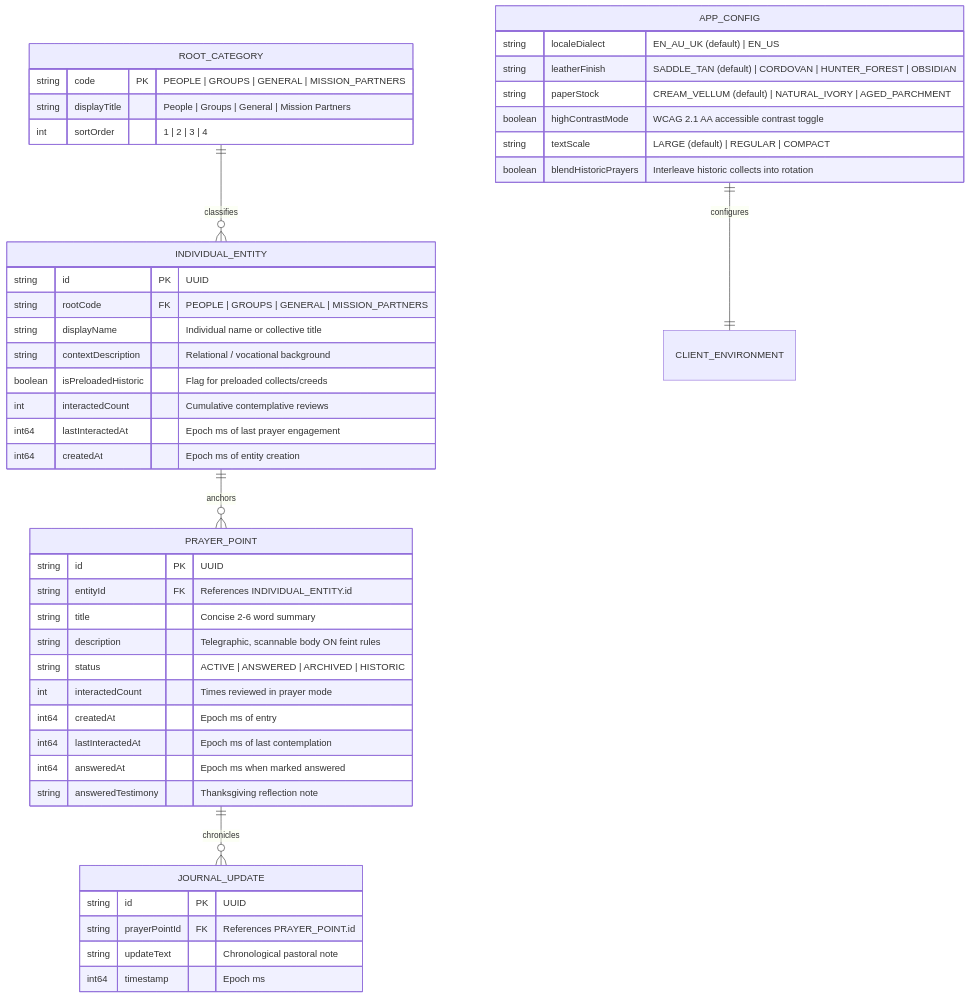
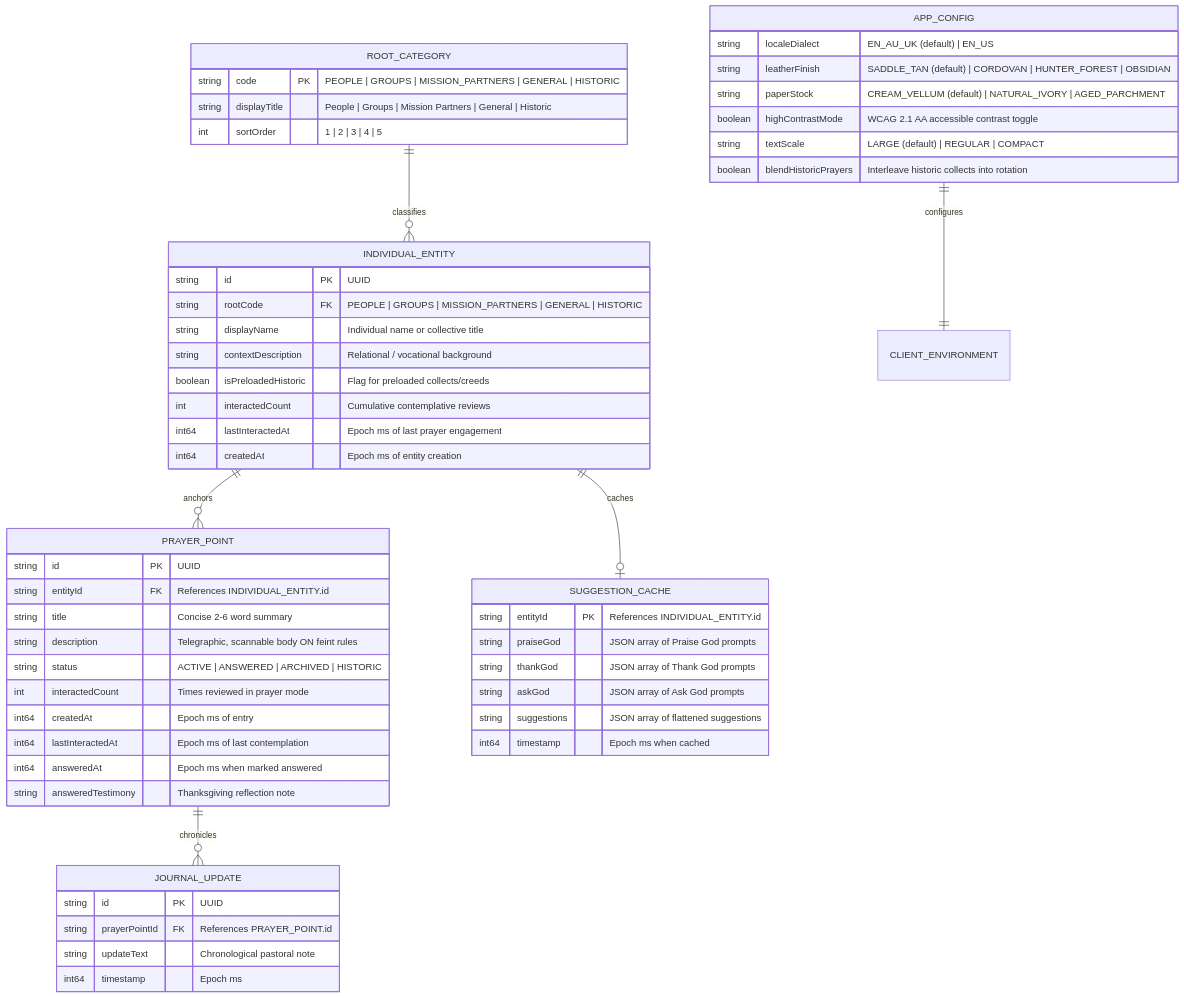
The second of 8 diagrams in planning/codebase_knowledge_graph.md (iamenianc/Prayer), drawn with Mermaid before and after one commit. The commit also changed other lines of this file and 39 other files, not shown here.

````diff
--- a/planning/codebase_knowledge_graph.md
+++ b/planning/codebase_knowledge_graph.md
@@ -85,53 +85,63 @@
 ```mermaid
 erDiagram
     ROOT_CATEGORY ||--o{ INDIVIDUAL_ENTITY : "classifies"
     INDIVIDUAL_ENTITY ||--o{ PRAYER_POINT : "anchors"
+    INDIVIDUAL_ENTITY ||--o| SUGGESTION_CACHE : "caches"
     PRAYER_POINT ||--o{ JOURNAL_UPDATE : "chronicles"
     APP_CONFIG ||--|| CLIENT_ENVIRONMENT : "configures"
 
     ROOT_CATEGORY {
-        string code PK "PEOPLE | GROUPS | GENERAL | MISSION_PARTNERS"
-        string displayTitle "People | Groups | General | Mission Partners"
-        int sortOrder "1 | 2 | 3 | 4"
+        string code PK "PEOPLE | GROUPS | MISSION_PARTNERS | GENERAL | HISTORIC"
+        string displayTitle "People | Groups | Mission Partners | General | Historic"
+        int sortOrder "1 | 2 | 3 | 4 | 5"
     }
 
     INDIVIDUAL_ENTITY {
         string id PK "UUID"
-        string rootCode FK "PEOPLE | GROUPS | GENERAL | MISSION_PARTNERS"
+        string rootCode FK "PEOPLE | GROUPS | MISSION_PARTNERS | GENERAL | HISTORIC"
         string displayName "Individual name or collective title"
         string contextDescription "Relational / vocational background"
         boolean isPreloadedHistoric "Flag for preloaded collects/creeds"
         int interactedCount "Cumulative contemplative reviews"
         int64 lastInteractedAt "Epoch ms of last prayer engagement"
         int64 createdAt "Epoch ms of entity creation"
+    }
+
+    SUGGESTION_CACHE {
+        string entityId PK "References INDIVIDUAL_ENTITY.id"
+        string praiseGod "JSON array of Praise God prompts"
+        string thankGod "JSON array of Thank God prompts"
+        string askGod "JSON array of Ask God prompts"
+        string suggestions "JSON array of flattened suggestions"
+        int64 timestamp "Epoch ms when cached"
     }
 
     PRAYER_POINT {
         string id PK "UUID"
         string entityId FK "References INDIVIDUAL_ENTITY.id"
         string title "Concise 2-6 word summary"
         string description "Telegraphic, scannable body ON feint rules"
         string status "ACTIVE | ANSWERED | ARCHIVED | HISTORIC"
         int interactedCount "Times reviewed in prayer mode"
         int64 createdAt "Epoch ms of entry"
         int64 lastInteractedAt "Epoch ms of last contemplation"
         int64 answeredAt "Epoch ms when marked answered"
         string answeredTestimony "Thanksgiving reflection note"
     }
 
     JOURNAL_UPDATE {
         string id PK "UUID"
         string prayerPointId FK "References PRAYER_POINT.id"
         string updateText "Chronological pastoral note"
         int64 timestamp "Epoch ms"
     }
 
     APP_CONFIG {
         string localeDialect "EN_AU_UK (default) | EN_US"
         string leatherFinish "SADDLE_TAN (default) | CORDOVAN | HUNTER_FOREST | OBSIDIAN"
         string paperStock "CREAM_VELLUM (default) | NATURAL_IVORY | AGED_PARCHMENT"
         boolean highContrastMode "WCAG 2.1 AA accessible contrast toggle"
         string textScale "LARGE (default) | REGULAR | COMPACT"
         boolean blendHistoricPrayers "Interleave historic collects into rotation"
     }
 ```
````
